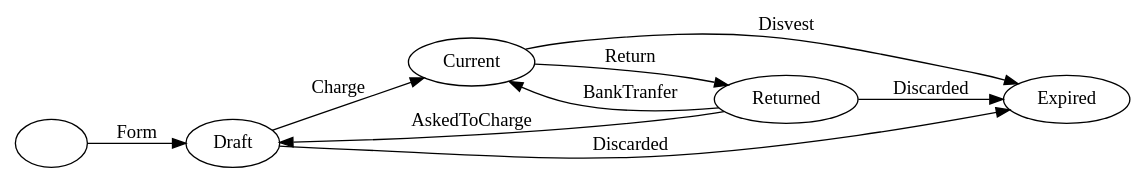
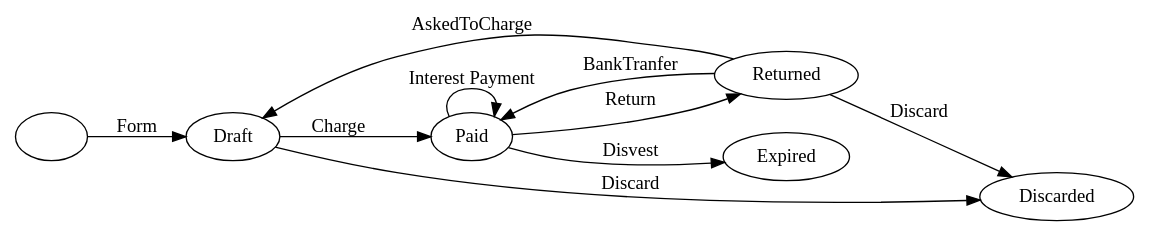
Before and after one commit to Som-Energia/somenergia-generationkwh: the diagram in docs/inversions-states-aportacions.dot, drawn with Graphviz. The commit also changed 8 other files, not shown here.

```diff
--- a/docs/inversions-states-aportacions.dot
+++ b/docs/inversions-states-aportacions.dot
@@ -1,11 +1,13 @@
 digraph G {
 rankdir=LR
 "" -> Draft [label=Form]
-Draft -> Current [label=Charge]
-Current -> Returned [label=Return]
-Returned -> Current [label=BankTranfer]
+Draft -> Paid [label=Charge]
+Paid -> Paid [label="Interest Payment"]
+Paid -> Expired [label=Disvest]
+
+Paid -> Returned [label=Return]
+Returned -> Paid [label=BankTranfer]
 Returned -> Draft [label=AskedToCharge]
-Returned -> Expired [label=Discarded]
-Draft -> Expired [label=Discarded]
-Current -> Expired [label=Disvest]
+Returned -> Discarded [label=Discard]
+Draft -> Discarded [label=Discard]
 }
```
